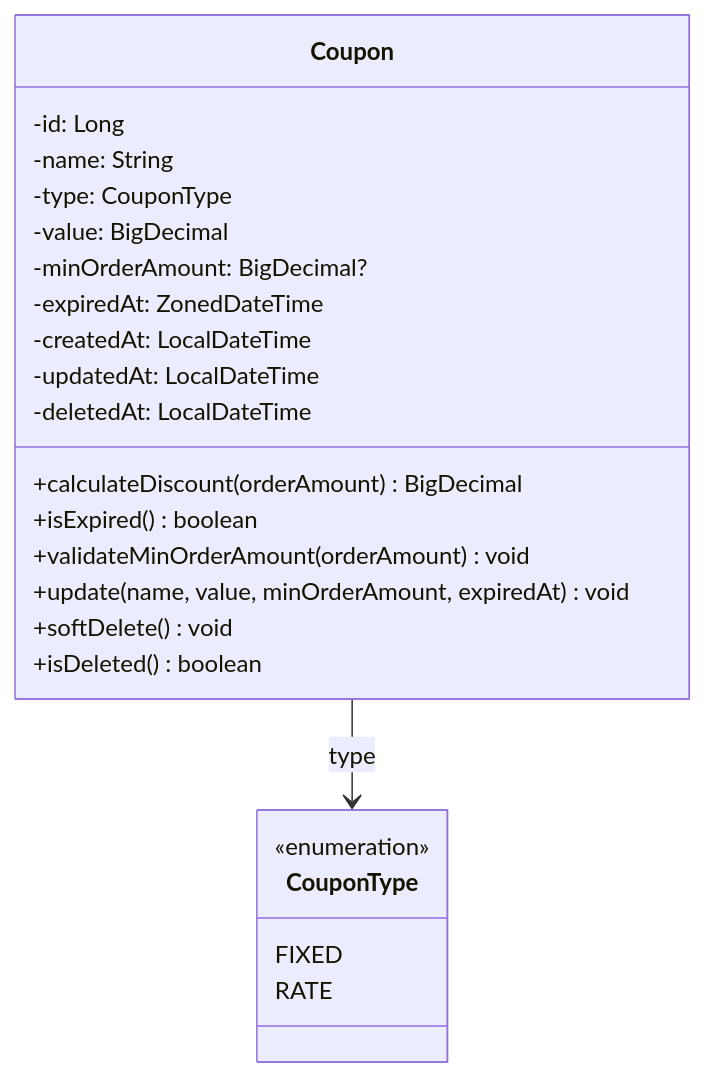
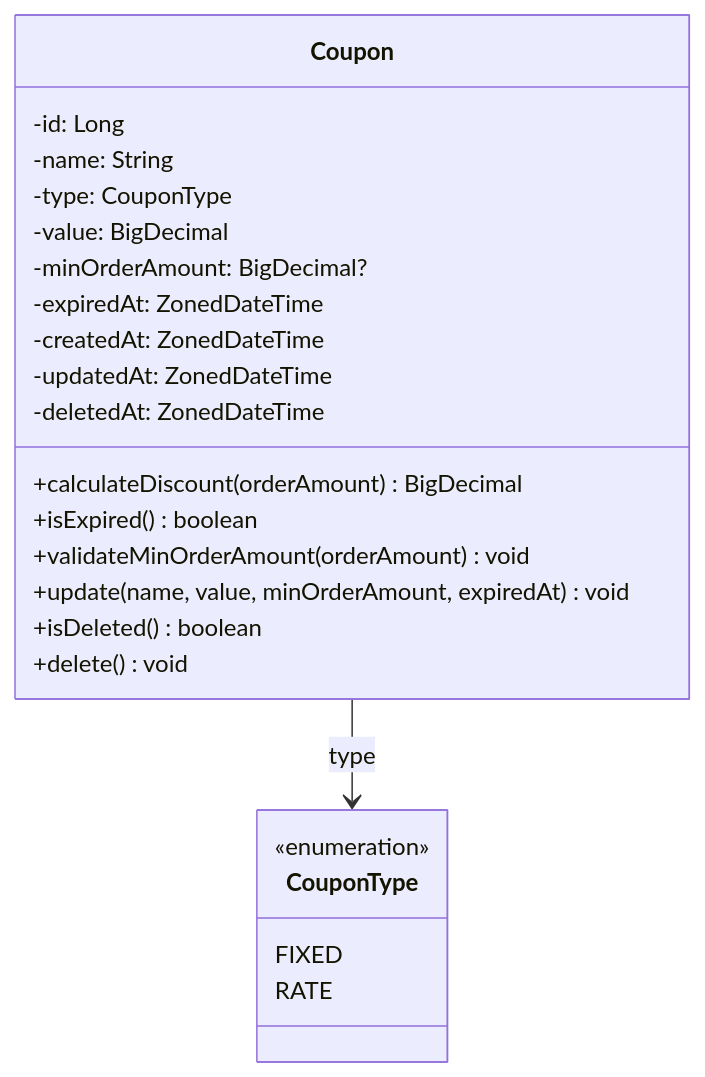
The seventh of 8 diagrams in docs/design/03-class-diagram.md (Loopers-dev-lab/loop-pack-be-l2-vol3-kotlin), drawn with Mermaid before and after one commit. The commit also changed other lines of this file, not shown here.

First line of the commit message:
docs: 클래스 다이어그램을 실제 코드 구조에 맞게 수정

````diff
--- a/docs/design/03-class-diagram.md
+++ b/docs/design/03-class-diagram.md
@@ -299,28 +337,28 @@
 ```mermaid
 classDiagram
     class Coupon {
         -id: Long
         -name: String
         -type: CouponType
         -value: BigDecimal
         -minOrderAmount: BigDecimal?
         -expiredAt: ZonedDateTime
-        -createdAt: LocalDateTime
-        -updatedAt: LocalDateTime
-        -deletedAt: LocalDateTime
+        -createdAt: ZonedDateTime
+        -updatedAt: ZonedDateTime
+        -deletedAt: ZonedDateTime
         +calculateDiscount(orderAmount) BigDecimal
         +isExpired() boolean
         +validateMinOrderAmount(orderAmount) void
         +update(name, value, minOrderAmount, expiredAt) void
-        +softDelete() void
         +isDeleted() boolean
+        +delete() void
     }
 
     class CouponType {
         <<enumeration>>
         FIXED
         RATE
     }
 
     Coupon --> CouponType : type
 ```
````
